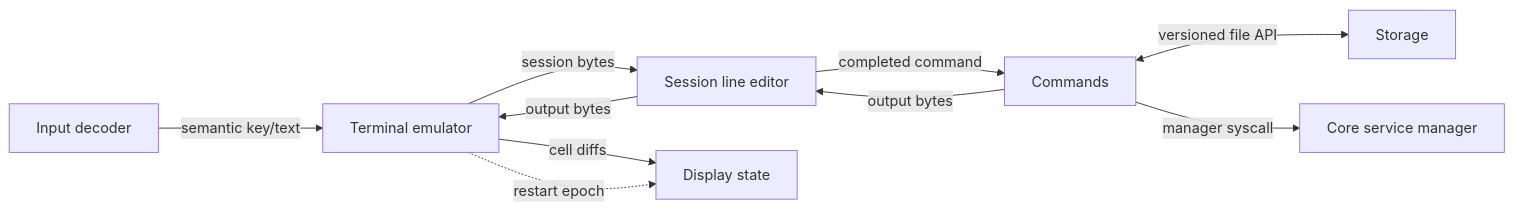
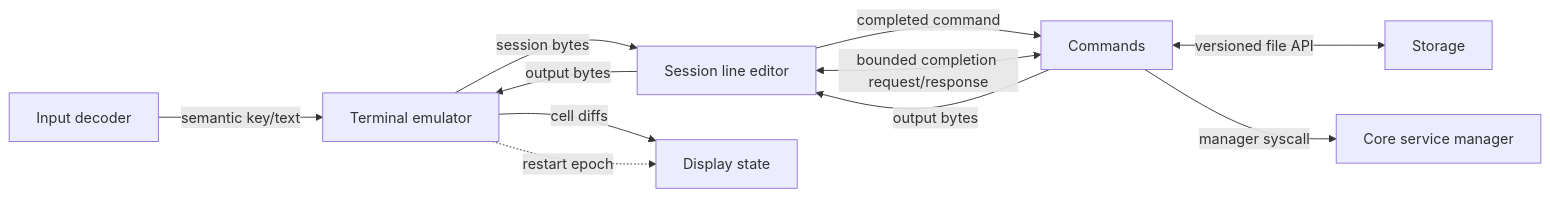
Before and after one commit to Eresea/LogOS: the diagram in docs/processes/terminal.md, drawn with Mermaid. The commit also changed other lines of this file and 4 other files, not shown here.

````diff
--- a/docs/processes/terminal.md
+++ b/docs/processes/terminal.md
@@ -8,12 +8,13 @@
 ```mermaid
 flowchart LR
     I[Input decoder] -->|semantic key/text| T[Terminal emulator]
     T -->|session bytes| S[Session line editor]
     S -->|completed command| C[Commands]
+    S <-->|bounded completion request/response| C
     C -->|output bytes| S
     C <-->|versioned file API| V[Storage]
     C -->|manager syscall| M[Core service manager]
     S -->|output bytes| T
     T -->|cell diffs| D[Display state]
     T -. restart epoch .-> D
 ```
````
